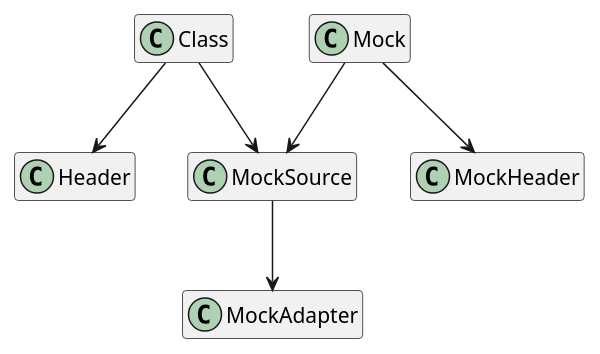
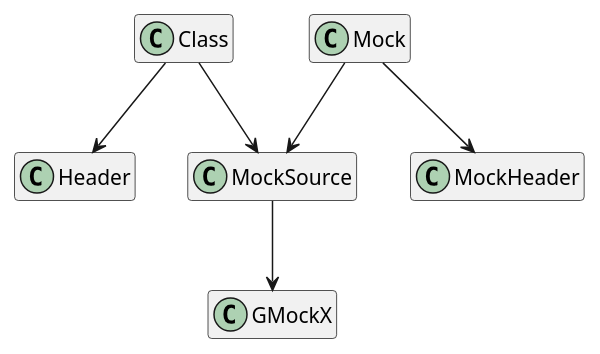
One commit to lukaszgdula6/GMockX changed the third of 4 diagrams in README.md. Above: the diagram before and after it, drawn with PlantUML. The commit also changed other lines of this file, not shown here.

````diff
--- a/README.md
+++ b/README.md
@@ -40,11 +40,11 @@
 ```plantuml
 @startuml
 hide empty members
 class Class
 Class -down-> Header
 Class -down-> MockSource
 Mock -down-> MockSource
 Mock -down-> MockHeader
-MockSource --> MockAdapter
+MockSource --> GMockX
 @enduml
 ```
````
